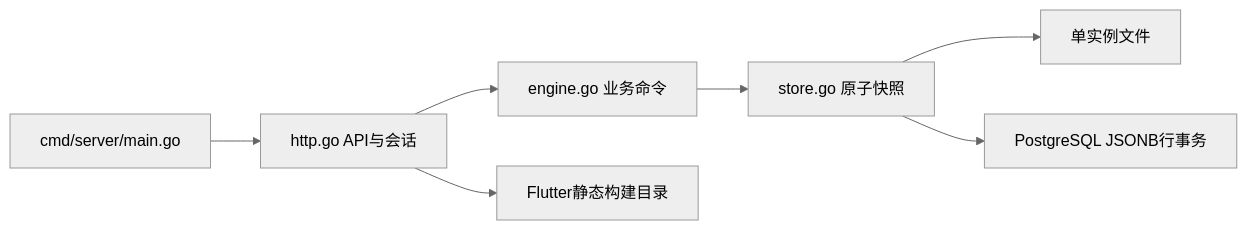
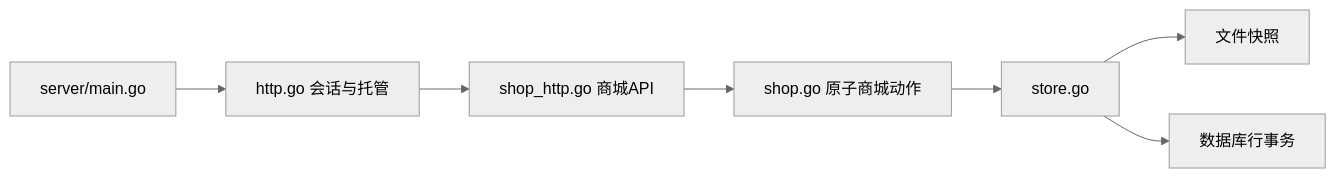
One commit to JobsKits/AcademicServices changed the first of 2 diagrams in 代码/后端/后端代码/README.md. Above: the diagram before and after it, drawn with Mermaid (neutral theme). The commit also changed other lines of this file and 157 other files, not shown here.

````diff
--- a/代码/后端/后端代码/README.md
+++ b/代码/后端/后端代码/README.md
@@ -141,9 +129,9 @@
-```mermaid
+~~~mermaid
 flowchart LR
-  A[cmd/server/main.go] --> B[http.go API与会话]
-  B --> C[engine.go 业务命令]
-  C --> D[store.go 原子快照]
-  D --> E[单实例文件]
-  D --> F[PostgreSQL JSONB行事务]
-  B --> G[Flutter静态构建目录]
-```
+  Main[server/main.go] --> Http[http.go 会话与托管]
+  Http --> ShopHttp[shop_http.go 商城API]
+  ShopHttp --> Shop[shop.go 原子商城动作]
+  Shop --> Store[store.go]
+  Store --> File[文件快照]
+  Store --> PG[数据库行事务]
+~~~
````
